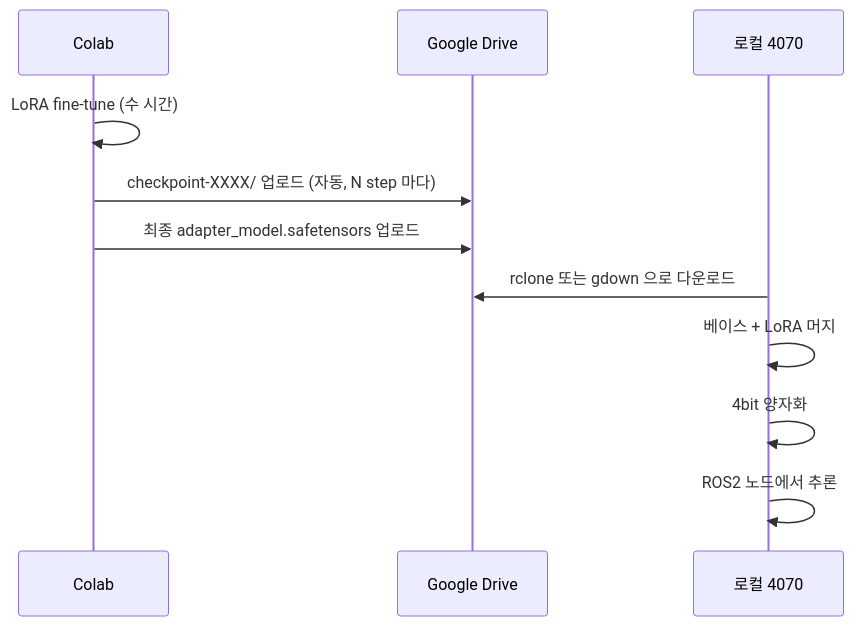
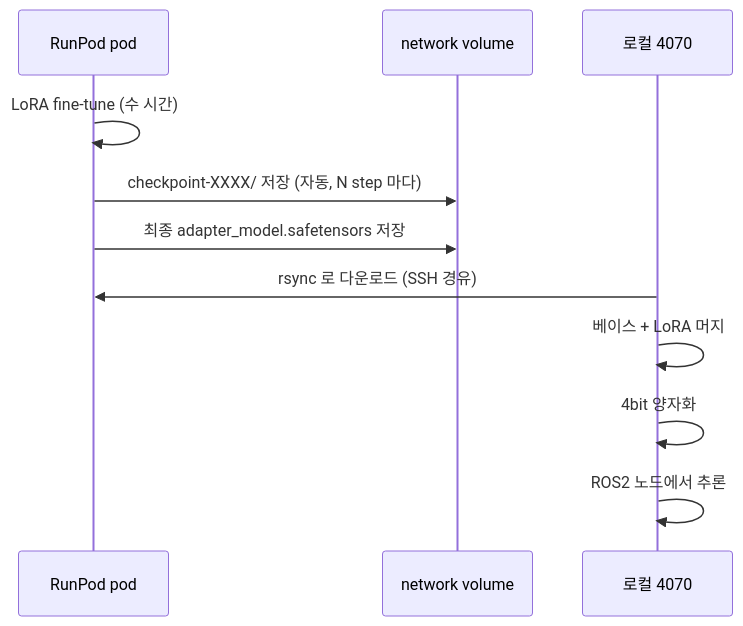
The second of 2 diagrams in Studies/Phase 4/SETUP.md (tylee-yeonge/physical-ai-study), drawn with Mermaid before and after one commit. The commit also changed other lines of this file and 7 other files, not shown here.

Commit message:
docs: replace colab with runpod as cloud compute across setup and roadmap

````diff
--- a/Studies/Phase 4/SETUP.md
+++ b/Studies/Phase 4/SETUP.md
@@ -293,14 +271,14 @@
 ```mermaid
 sequenceDiagram
-    participant C as Colab
-    participant D as Google Drive
+    participant R as RunPod pod
+    participant V as network volume
     participant L as 로컬 4070
 
-    C->>C: LoRA fine-tune (수 시간)
-    C->>D: checkpoint-XXXX/ 업로드 (자동, N step 마다)
-    C->>D: 최종 adapter_model.safetensors 업로드
-    L->>D: rclone 또는 gdown 으로 다운로드
+    R->>R: LoRA fine-tune (수 시간)
+    R->>V: checkpoint-XXXX/ 저장 (자동, N step 마다)
+    R->>V: 최종 adapter_model.safetensors 저장
+    L->>R: rsync 로 다운로드 (SSH 경유)
     L->>L: 베이스 + LoRA 머지
     L->>L: 4bit 양자화
     L->>L: ROS2 노드에서 추론
 ```
````
